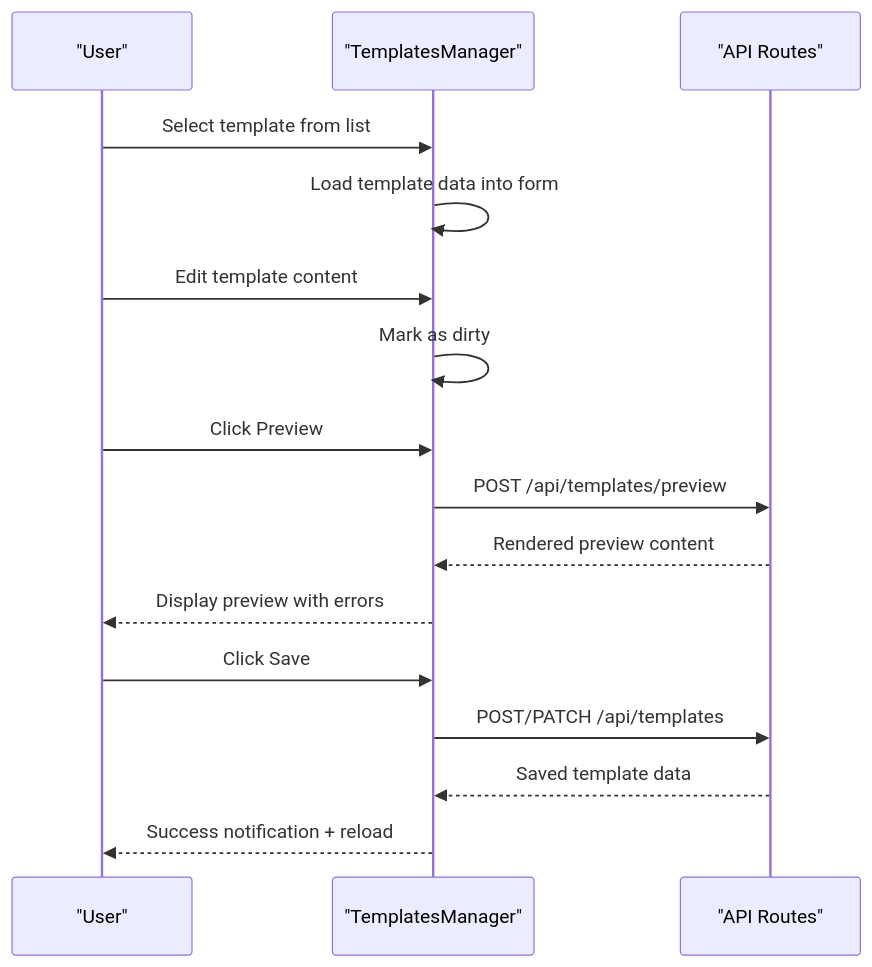
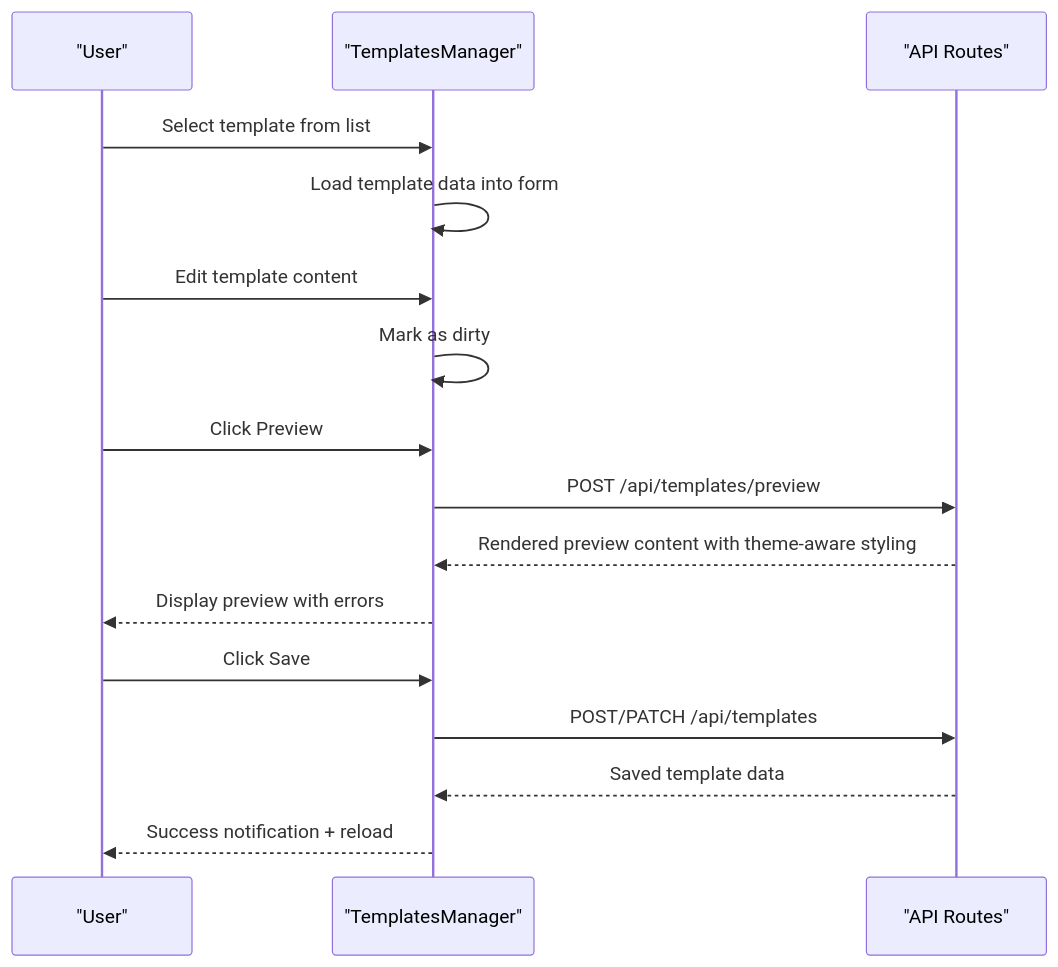
One commit to jrj444/git-daily changed the sixth of 13 diagrams in .qoder/repowiki/en/content/Frontend Components/Frontend Components.md. Above: the diagram before and after it, drawn with Mermaid. The commit also changed other lines of this file and 4 other files, not shown here.

````diff
--- a/.qoder/repowiki/en/content/Frontend Components/Frontend Components.md
+++ b/.qoder/repowiki/en/content/Frontend Components/Frontend Components.md
@@ -378,18 +420,18 @@
 ```mermaid
 sequenceDiagram
 participant U as "User"
 participant T as "TemplatesManager"
 participant API as "API Routes"
 U->>T : Select template from list
 T->>T : Load template data into form
 U->>T : Edit template content
 T->>T : Mark as dirty
 U->>T : Click Preview
 T->>API : POST /api/templates/preview
-API-->>T : Rendered preview content
+API-->>T : Rendered preview content with theme-aware styling
 T-->>U : Display preview with errors
 U->>T : Click Save
 T->>API : POST/PATCH /api/templates
 API-->>T : Saved template data
 T-->>U : Success notification + reload
 ```
````
